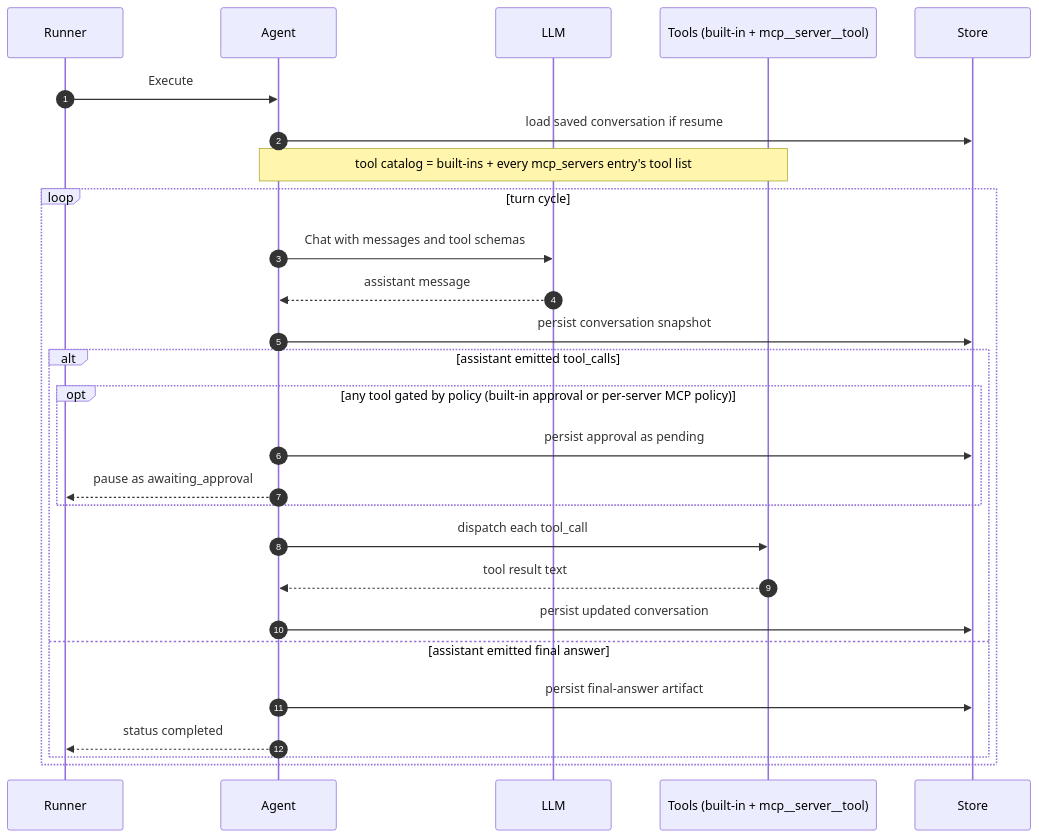
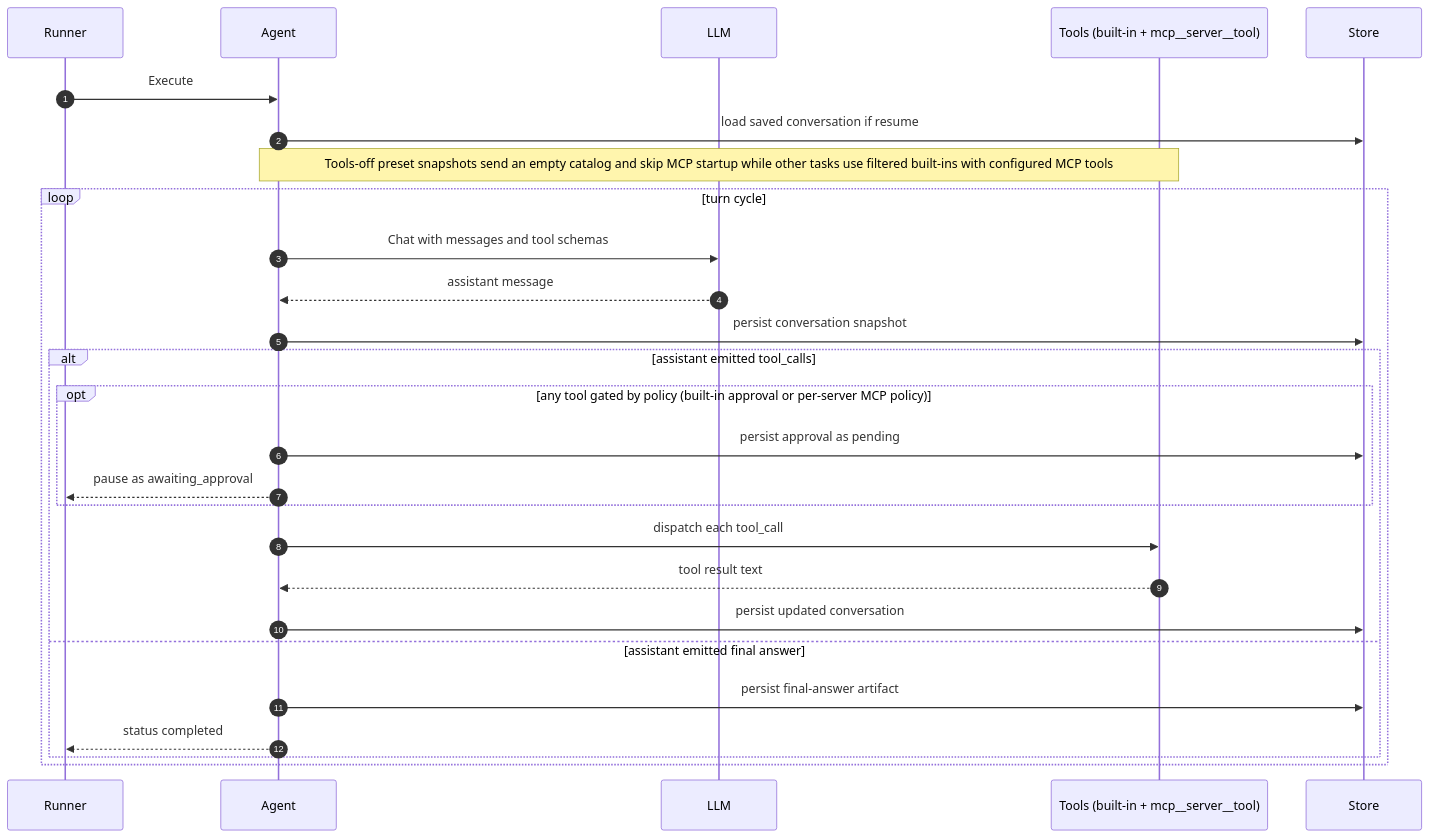
Before and after one commit to hecatehq/hecate: the diagram in docs/runtime/agent-runtime.md, drawn with Mermaid. The commit also changed other lines of this file and 32 other files, not shown here.

Commit message:
fix(runtime): enforce agent preset tools policy

````diff
--- a/docs/runtime/agent-runtime.md
+++ b/docs/runtime/agent-runtime.md
@@ -112,29 +112,29 @@
 ```mermaid
 sequenceDiagram
     autonumber
     participant Runner
     participant Agent
     participant LLM
     participant Tools as Tools (built-in + mcp__server__tool)
     participant Store
     Runner->>Agent: Execute
     Agent->>Store: load saved conversation if resume
-    Note over Agent,Tools: tool catalog = built-ins + every mcp_servers entry's tool list
+    Note over Agent,Tools: Tools-off preset snapshots send an empty catalog and skip MCP startup while other tasks use filtered built-ins with configured MCP tools
     loop turn cycle
         Agent->>LLM: Chat with messages and tool schemas
         LLM-->>Agent: assistant message
         Agent->>Store: persist conversation snapshot
         alt assistant emitted tool_calls
             opt any tool gated by policy (built-in approval or per-server MCP policy)
                 Agent->>Store: persist approval as pending
                 Agent-->>Runner: pause as awaiting_approval
             end
             Agent->>Tools: dispatch each tool_call
             Tools-->>Agent: tool result text
             Agent->>Store: persist updated conversation
         else assistant emitted final answer
             Agent->>Store: persist final-answer artifact
             Agent-->>Runner: status completed
         end
     end
 ```
````
